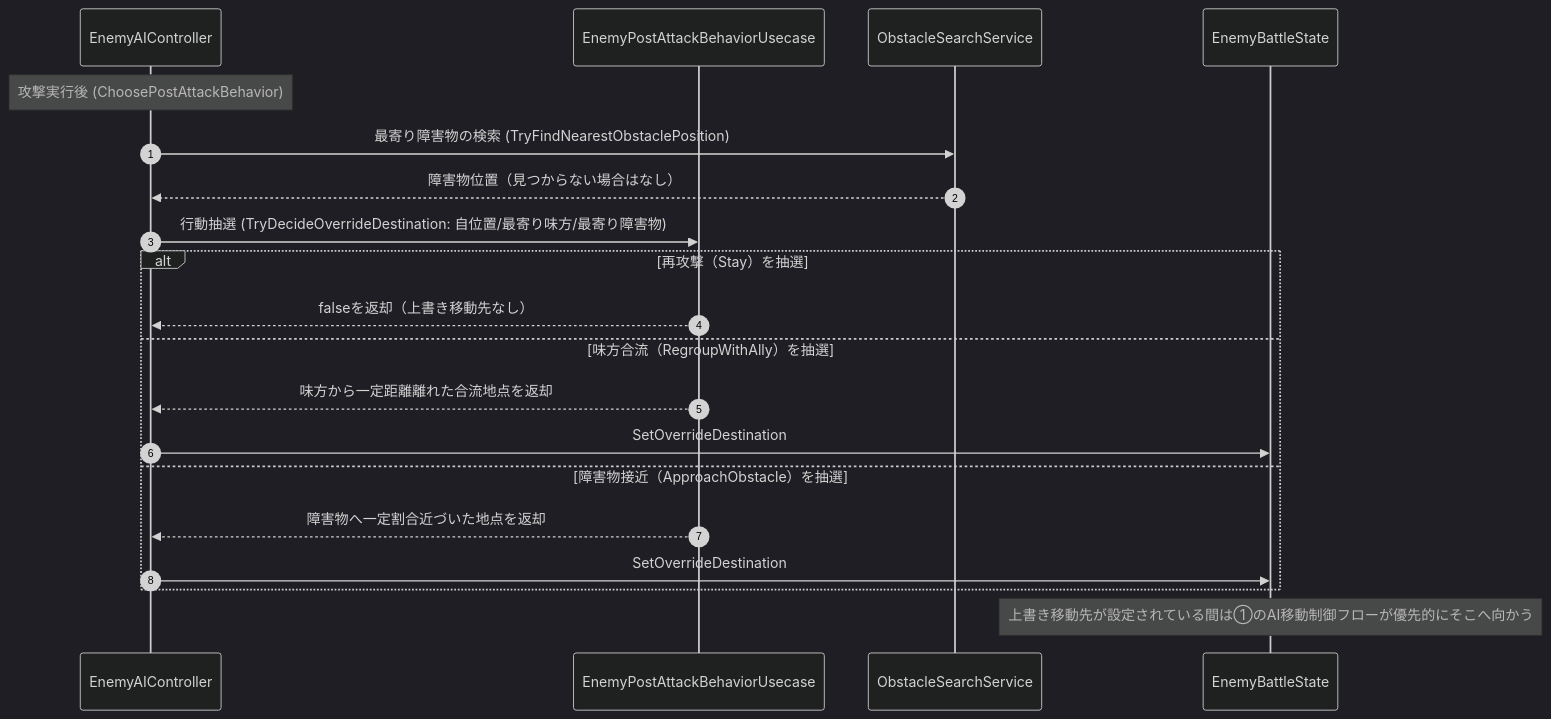
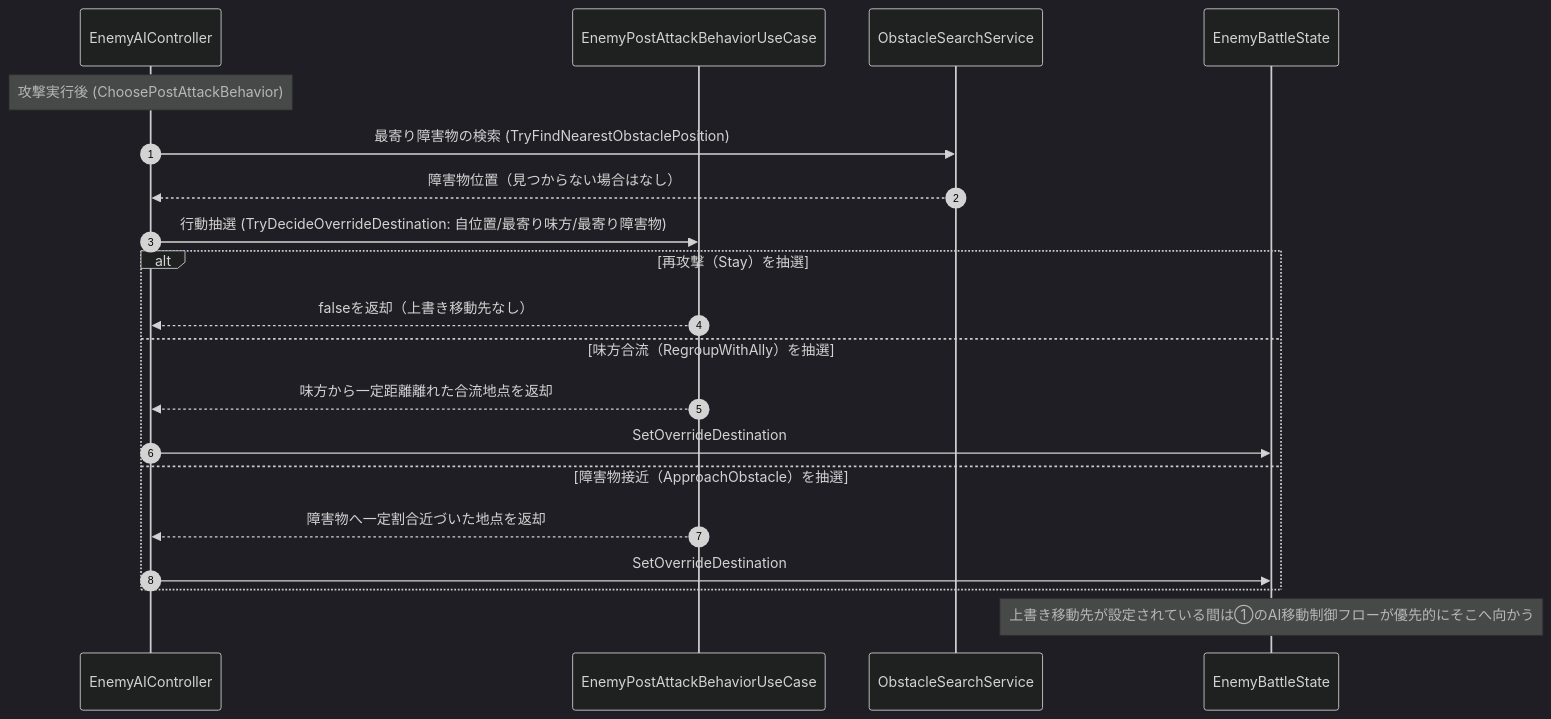
Before and after one commit to HIBIKI5201/SymphonyKillChord: the fifth of 5 diagrams in Assets/Docs/ScriptsDocs/Modules/NotionModuleDocs/Enemy.md, drawn with Mermaid (dark theme). The commit also changed other lines of this file and 89 other files, not shown here.

First line of the commit message:
refactor: 型名の綴りと表記ゆれを直す（AttackPipelineAsset・UseCase・Repository）

````diff
--- a/Assets/Docs/ScriptsDocs/Modules/NotionModuleDocs/Enemy.md
+++ b/Assets/Docs/ScriptsDocs/Modules/NotionModuleDocs/Enemy.md
@@ -263,23 +263,23 @@
 ```mermaid
 sequenceDiagram
     autonumber
     participant EAI as EnemyAIController
-    participant PostAttackUC as EnemyPostAttackBehaviorUsecase
+    participant PostAttackUC as EnemyPostAttackBehaviorUseCase
     participant ObstacleUC as ObstacleSearchService
     participant EBState as EnemyBattleState
 
     Note over EAI: 攻撃実行後 (ChoosePostAttackBehavior)
     EAI ->> ObstacleUC: 最寄り障害物の検索 (TryFindNearestObstaclePosition)
     ObstacleUC -->> EAI: 障害物位置（見つからない場合はなし）
     EAI ->> PostAttackUC: 行動抽選 (TryDecideOverrideDestination: 自位置/最寄り味方/最寄り障害物)
     alt 再攻撃（Stay）を抽選
         PostAttackUC -->> EAI: falseを返却（上書き移動先なし）
     else 味方合流（RegroupWithAlly）を抽選
         PostAttackUC -->> EAI: 味方から一定距離離れた合流地点を返却
         EAI ->> EBState: SetOverrideDestination
     else 障害物接近（ApproachObstacle）を抽選
         PostAttackUC -->> EAI: 障害物へ一定割合近づいた地点を返却
         EAI ->> EBState: SetOverrideDestination
     end
     Note over EBState: 上書き移動先が設定されている間は①のAI移動制御フローが優先的にそこへ向かう
 ```
````
